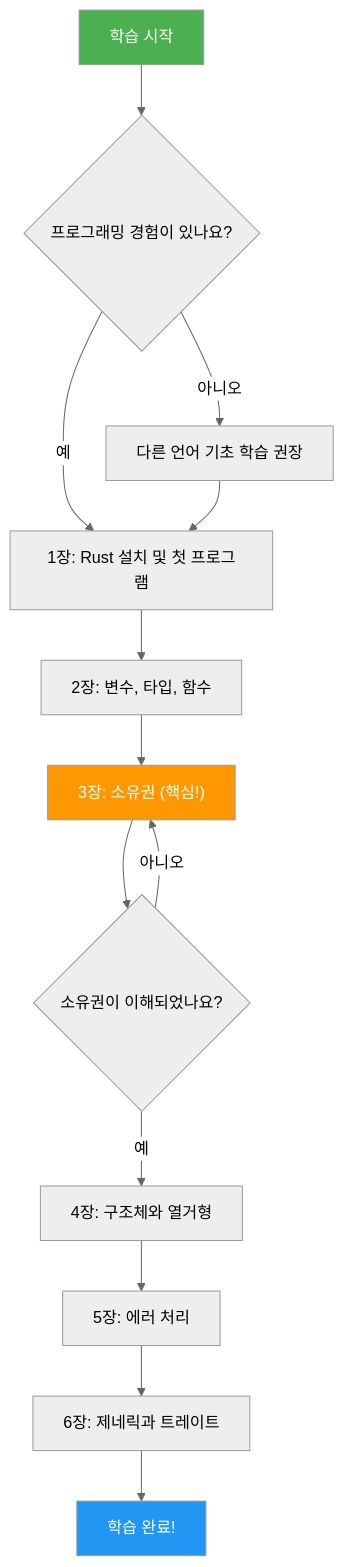
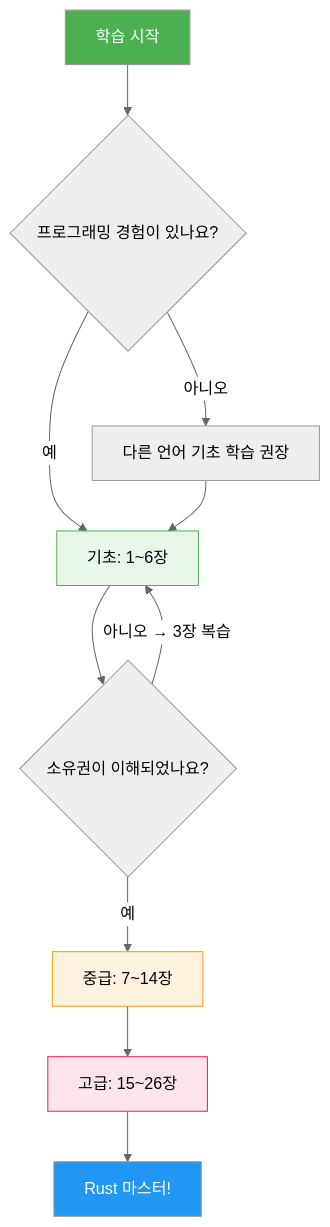
Before and after one commit to kang-byunghoon/rust-study: the second of 2 diagrams in src/introduction.md, drawn with Mermaid (neutral theme). The commit also changed other lines of this file and 81 other files, not shown here.

````diff
--- a/src/introduction.md
+++ b/src/introduction.md
@@ -154,19 +194,18 @@
 ```mermaid
 graph TD
     START["학습 시작"] --> Q1{"프로그래밍 경험이 있나요?"}
-    Q1 -->|"예"| CH1["1장: Rust 설치 및 첫 프로그램"]
+    Q1 -->|"예"| CH1["기초: 1~6장"]
     Q1 -->|"아니오"| PRE["다른 언어 기초 학습 권장"]
     PRE --> CH1
-    CH1 --> CH2["2장: 변수, 타입, 함수"]
-    CH2 --> CH3["3장: 소유권 (핵심!)"]
-    CH3 --> Q2{"소유권이 이해되었나요?"}
-    Q2 -->|"예"| CH4["4장: 구조체와 열거형"]
-    Q2 -->|"아니오"| CH3
-    CH4 --> CH5["5장: 에러 처리"]
-    CH5 --> CH6["6장: 제네릭과 트레이트"]
-    CH6 --> DONE["학습 완료!"]
+    CH1 --> Q2{"소유권이 이해되었나요?"}
+    Q2 -->|"아니오 → 3장 복습"| CH1
+    Q2 -->|"예"| CH2["중급: 7~14장"]
+    CH2 --> CH3["고급: 15~26장"]
+    CH3 --> DONE["Rust 마스터!"]
 
     style START fill:#4caf50,color:#fff
     style DONE fill:#2196f3,color:#fff
-    style CH3 fill:#ff9800,color:#fff
+    style CH1 fill:#e8f5e9,stroke:#4caf50
+    style CH2 fill:#fff3e0,stroke:#ff9800
+    style CH3 fill:#fce4ec,stroke:#e91e63
 ```
````
